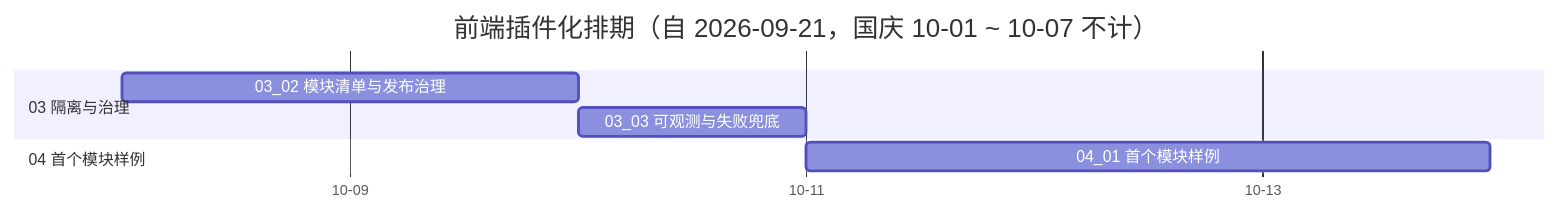
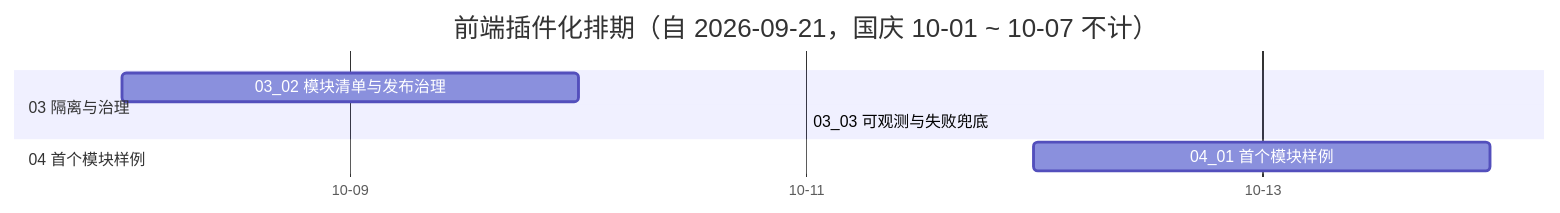
Before and after one commit to minjian123/basic-management-system: the diagram in bms文档/项目/05_前端插件化/计划/01_计划_前端插件化.md, drawn with Mermaid. The commit also changed other lines of this file and 4 other files, not shown here.

````diff
--- a/bms文档/项目/05_前端插件化/计划/01_计划_前端插件化.md
+++ b/bms文档/项目/05_前端插件化/计划/01_计划_前端插件化.md
@@ -42,12 +42,12 @@
 ```mermaid
 gantt
     title 前端插件化排期（自 2026-09-21，国庆 10-01 ~ 10-07 不计）
     dateFormat YYYY-MM-DD
     axisFormat %m-%d
     tickInterval 2day
     section 03 隔离与治理
-    03_02 模块清单与发布治理 :a6, 2026-10-08, 2d
-    03_03 可观测与失败兜底 :a7, after a6, 1d
+    03_02 模块清单与发布治理 :a6, 2026-10-08, 2026-10-10
+    03_03 可观测与失败兜底 :a7, 2026-10-11, 2026-10-11
     section 04 首个模块样例
-    04_01 首个模块样例 :a8, after a7, 3d
+    04_01 首个模块样例 :a8, 2026-10-12, 2026-10-14
 ```
````
